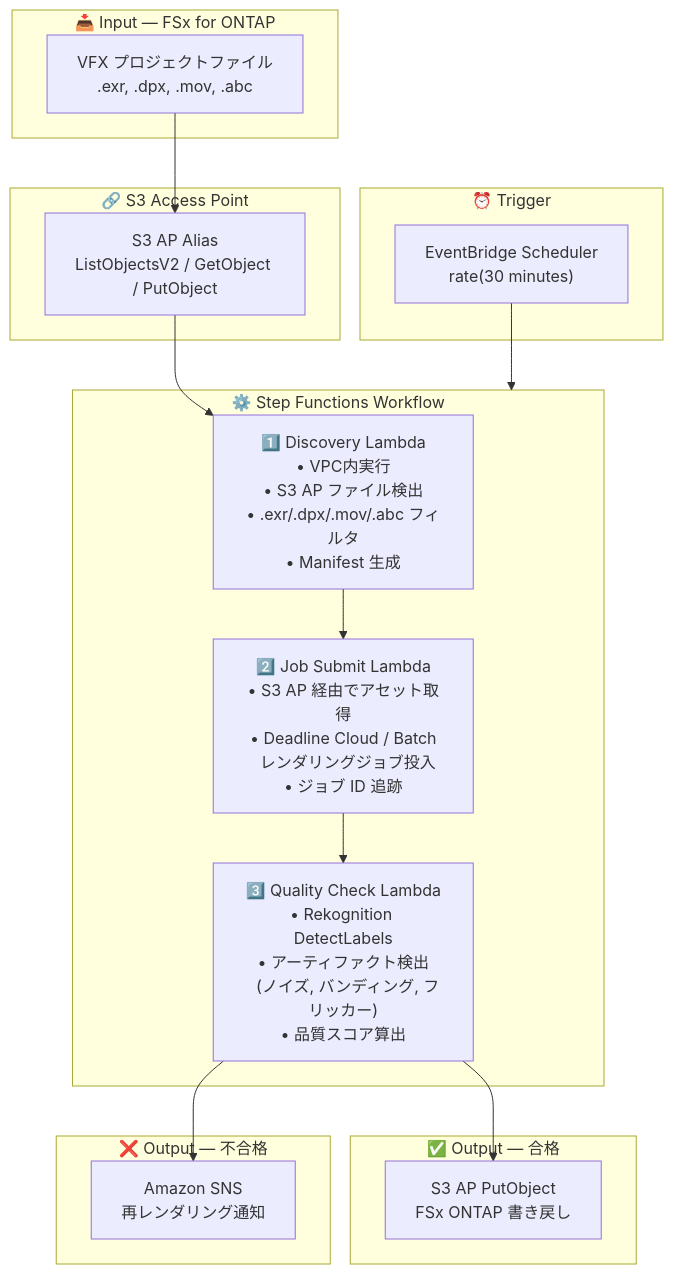
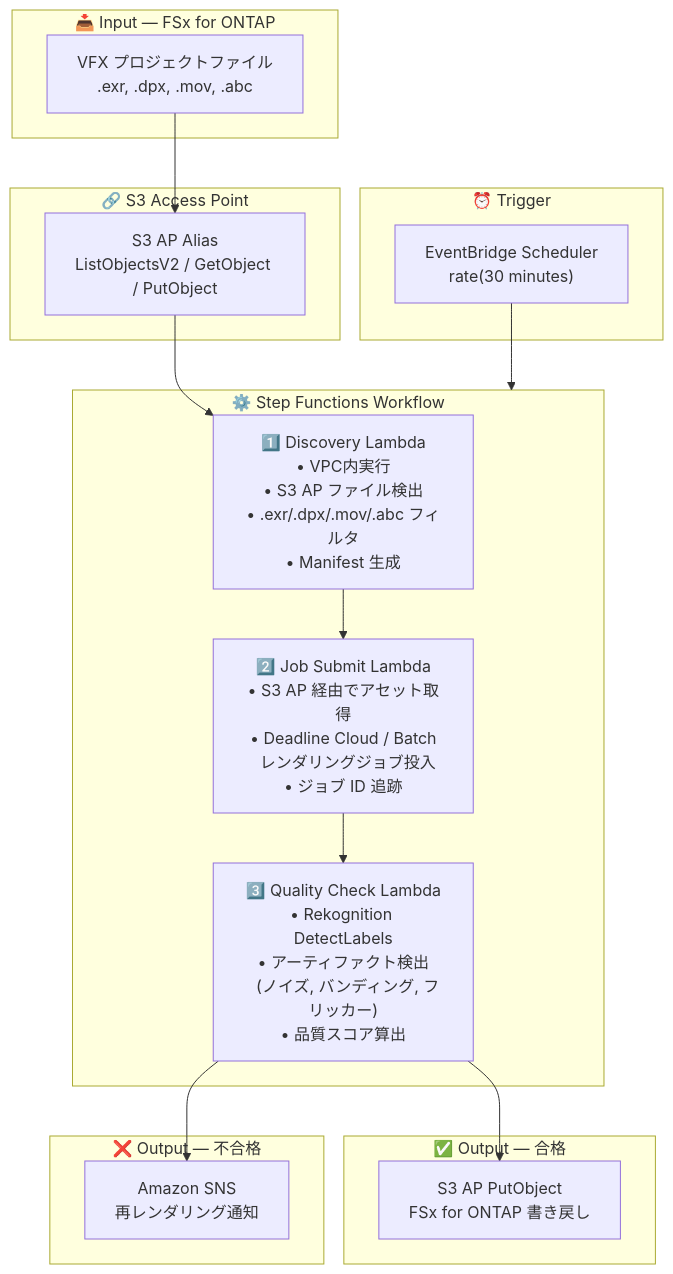
One commit to Yoshiki0705/FSx-for-ONTAP-S3AccessPoints-Serverless-Patterns changed the diagram in media-vfx/docs/architecture.md. Above: the diagram before and after it, drawn with Mermaid. The commit also changed other lines of this file and 752 other files, not shown here.

````diff
--- a/media-vfx/docs/architecture.md
+++ b/media-vfx/docs/architecture.md
@@ -11,36 +11,36 @@
 ```mermaid
 flowchart TB
     subgraph INPUT["📥 Input — FSx for ONTAP"]
         VFX["VFX プロジェクトファイル<br/>.exr, .dpx, .mov, .abc"]
     end
 
     subgraph S3AP["🔗 S3 Access Point"]
         ALIAS["S3 AP Alias<br/>ListObjectsV2 / GetObject / PutObject"]
     end
 
     subgraph TRIGGER["⏰ Trigger"]
         EB["EventBridge Scheduler<br/>rate(30 minutes)"]
     end
 
     subgraph SFN["⚙️ Step Functions Workflow"]
         DISC["1️⃣ Discovery Lambda<br/>• VPC内実行<br/>• S3 AP ファイル検出<br/>• .exr/.dpx/.mov/.abc フィルタ<br/>• Manifest 生成"]
         JS["2️⃣ Job Submit Lambda<br/>• S3 AP 経由でアセット取得<br/>• Deadline Cloud / Batch<br/>  レンダリングジョブ投入<br/>• ジョブ ID 追跡"]
         QC["3️⃣ Quality Check Lambda<br/>• Rekognition DetectLabels<br/>• アーティファクト検出<br/>  (ノイズ, バンディング, フリッカー)<br/>• 品質スコア算出"]
     end
 
     subgraph OUTPUT_PASS["✅ Output — 合格"]
-        PUTBACK["S3 AP PutObject<br/>FSx ONTAP 書き戻し"]
+        PUTBACK["S3 AP PutObject<br/>FSx for ONTAP 書き戻し"]
     end
 
     subgraph OUTPUT_FAIL["❌ Output — 不合格"]
         SNS["Amazon SNS<br/>再レンダリング通知"]
     end
 
     VFX --> ALIAS
     ALIAS --> DISC
     EB --> SFN
     DISC --> JS
     JS --> QC
     QC --> PUTBACK
     QC --> SNS
 ```
````
